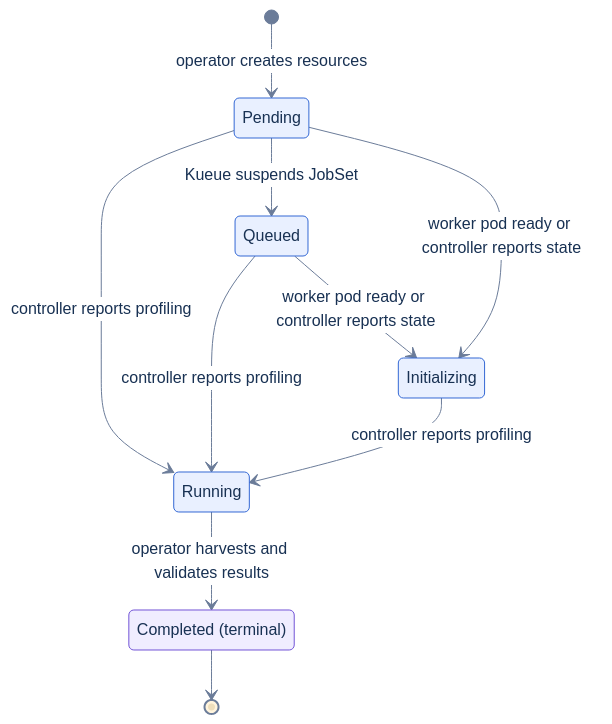
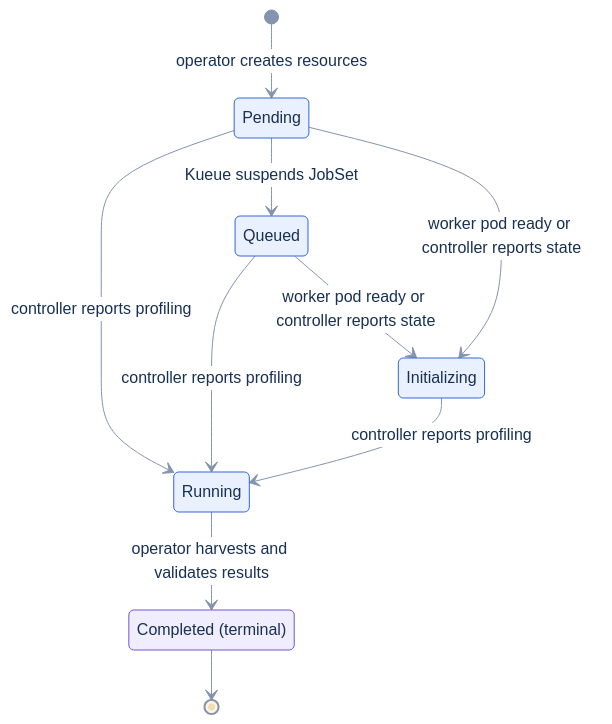
One commit to ai-dynamo/aiperf changed the third of 8 diagrams in docs/kubernetes/operator.md. Above: the diagram before and after it, drawn with Mermaid. The commit also changed other lines of this file, not shown here.

First line of the commit message:
docs(kubernetes): thicken and brighten diagram lines for dark mode

````diff
--- a/docs/kubernetes/operator.md
+++ b/docs/kubernetes/operator.md
@@ -216,37 +218,38 @@
 ```mermaid
 ---
 config:
   theme: base
   look: classic
+  themeCSS: '.flowchart-link, .transition, .messageLine0, .messageLine1, .actor-line { stroke-width: 2.5px !important; }'
   themeVariables:
-    lineColor: '#6B7C99'
+    lineColor: '#8494AE'
     nodeTextColor: '#183153'
     edgeLabelBackground: '#FFFFFF'
     textColor: '#183153'
-    clusterBorder: '#6B7C99'
-    transitionColor: '#6B7C99'
+    clusterBorder: '#8494AE'
+    transitionColor: '#8494AE'
     transitionLabelColor: '#183153'
     labelBackgroundColor: '#FFFFFF'
-    specialStateColor: '#6B7C99'
+    specialStateColor: '#8494AE'
     clusterBkg: '#FFFFFF'
     titleColor: '#183153'
     fontFamily: 'Arial, Helvetica, sans-serif'
 ---
 stateDiagram-v2
   accTitle: State diagram for AIPerfJob forward progress
   accDescr: A job only moves forward, from Pending through the optional Queued and Initializing phases to Running and Completed.
   classDef stage fill:#E9F0FF,stroke:#3468D4,color:#183153
   classDef out fill:#F0EDFF,stroke:#7254D6,color:#183153
   state "Completed (terminal)" as Completed
   [*] --> Pending: operator creates resources
   Pending --> Queued: Kueue suspends JobSet
   Queued --> Initializing: worker pod ready or controller reports state
   Pending --> Initializing: worker pod ready or controller reports state
   Pending --> Running: controller reports profiling
   Queued --> Running: controller reports profiling
   Initializing --> Running: controller reports profiling
   Running --> Completed: operator harvests and validates results
   Completed --> [*]
   class Pending, Queued, Initializing, Running stage
   class Completed out
 ```
````
